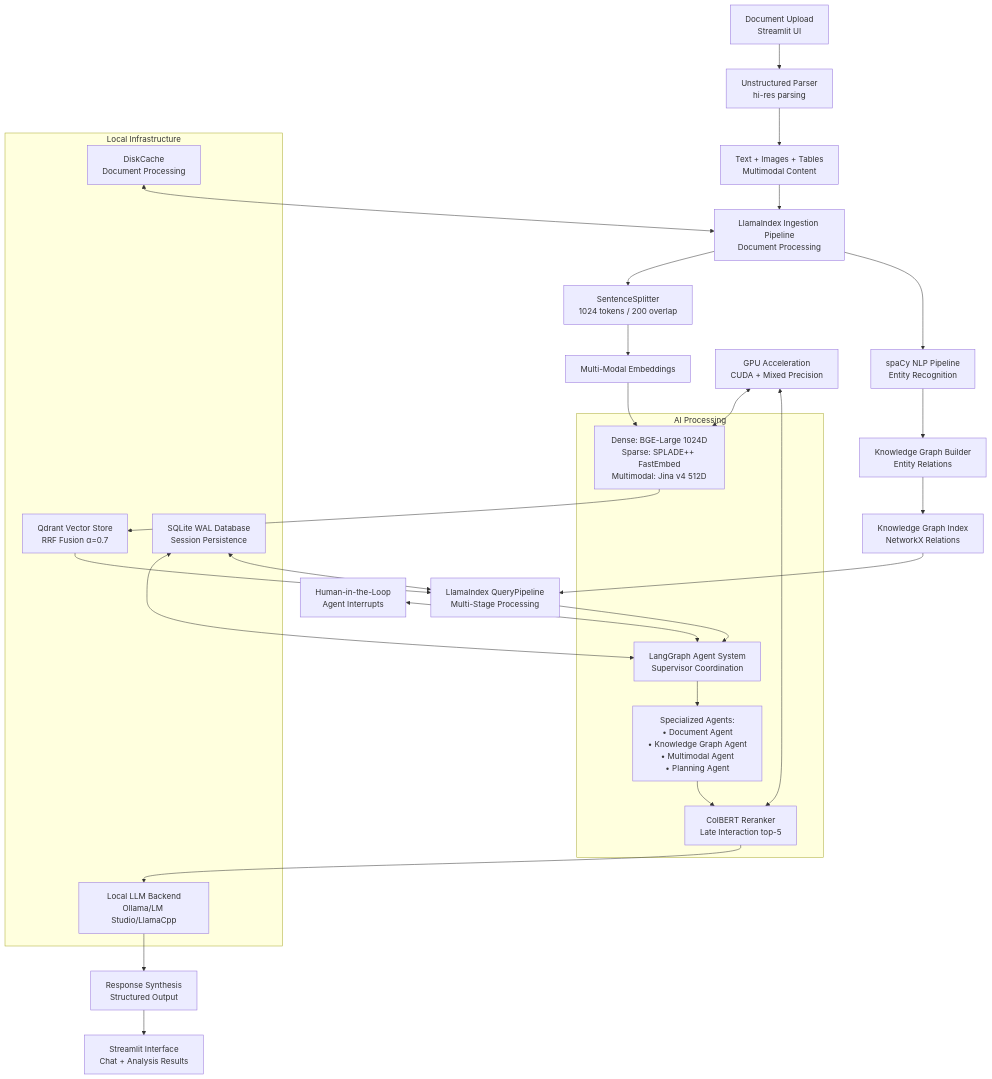
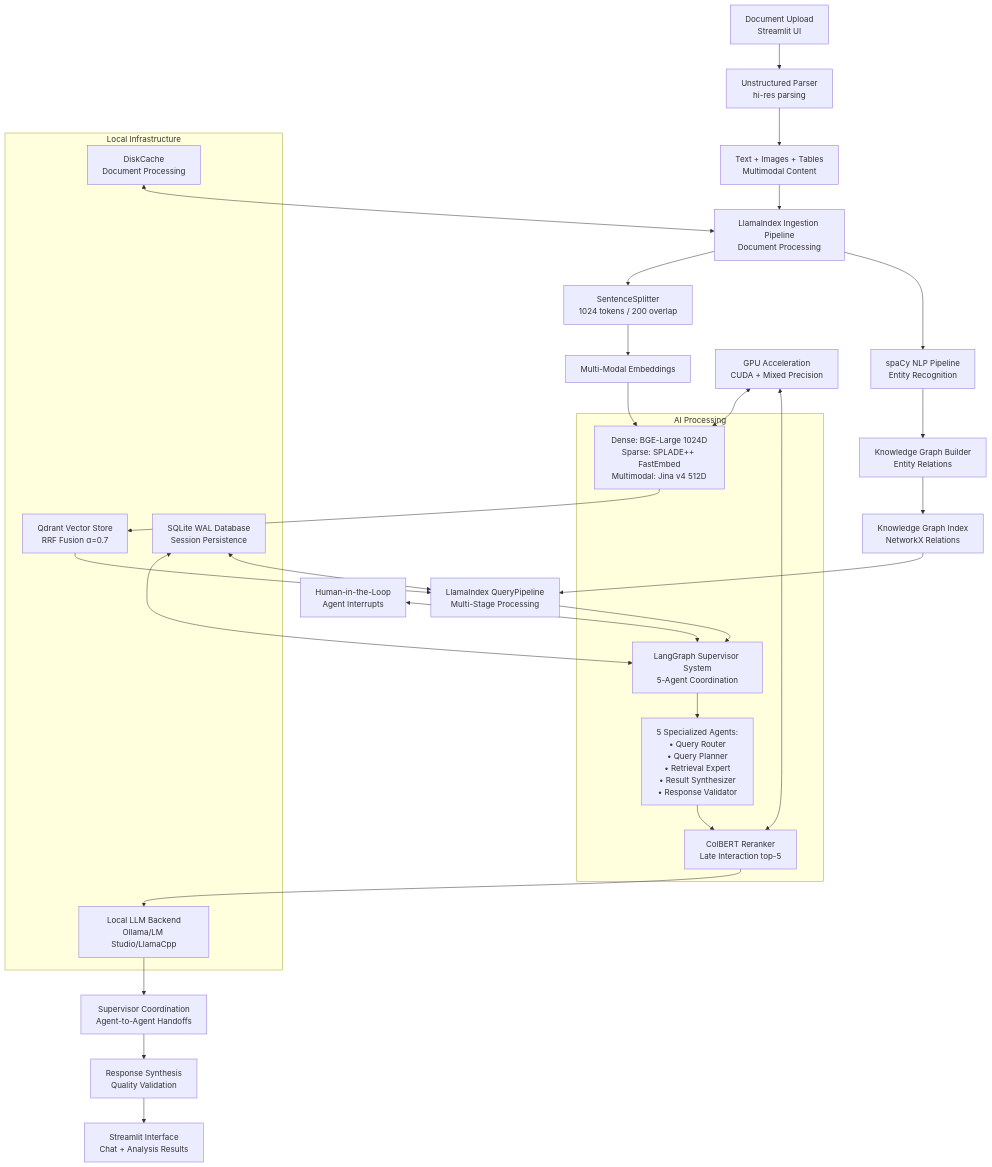
The diagram in README.md (BjornMelin/docmind-ai-llm), drawn with Mermaid before and after one commit. The commit also changed other lines of this file and 1 other file, not shown here.

First line of the commit message:
docs: align README and PRD with 5-agent supervisor system from ADR-011

````diff
--- a/README.md
+++ b/README.md
@@ -426,49 +426,50 @@
 ```mermaid
 graph TD
     A[Document Upload<br/>Streamlit UI] --> B[Unstructured Parser<br/>hi-res parsing]
     B --> C[Text + Images + Tables<br/>Multimodal Content]
     C --> D[LlamaIndex Ingestion Pipeline<br/>Document Processing]
     
     D --> E[SentenceSplitter<br/>1024 tokens / 200 overlap]
     D --> F[spaCy NLP Pipeline<br/>Entity Recognition]
     
     E --> G[Multi-Modal Embeddings]
     F --> H[Knowledge Graph Builder<br/>Entity Relations]
     
     G --> I[Dense: BGE-Large 1024D<br/>Sparse: SPLADE++ FastEmbed<br/>Multimodal: Jina v4 512D]
     I --> J[Qdrant Vector Store<br/>RRF Fusion α=0.7]
     
     H --> K[Knowledge Graph Index<br/>NetworkX Relations]
     
     J --> L[LlamaIndex QueryPipeline<br/>Multi-Stage Processing]
     K --> L
     
-    L --> M[LangGraph Agent System<br/>Supervisor Coordination]
-    M --> N[Specialized Agents:<br/>• Document Agent<br/>• Knowledge Graph Agent<br/>• Multimodal Agent<br/>• Planning Agent]
+    L --> M[LangGraph Supervisor System<br/>5-Agent Coordination]
+    M --> N[5 Specialized Agents:<br/>• Query Router<br/>• Query Planner<br/>• Retrieval Expert<br/>• Result Synthesizer<br/>• Response Validator]
     
     N --> O[ColBERT Reranker<br/>Late Interaction top-5]
     O --> P[Local LLM Backend<br/>Ollama/LM Studio/LlamaCpp]
-    P --> Q[Response Synthesis<br/>Structured Output]
-    Q --> R[Streamlit Interface<br/>Chat + Analysis Results]
+    P --> Q[Supervisor Coordination<br/>Agent-to-Agent Handoffs]
+    Q --> R[Response Synthesis<br/>Quality Validation]
+    R --> S[Streamlit Interface<br/>Chat + Analysis Results]
     
-    S[SQLite WAL Database<br/>Session Persistence] <--> M
-    S <--> L
-    T[DiskCache<br/>Document Processing] <--> D
-    U[GPU Acceleration<br/>CUDA + Mixed Precision] <--> I
-    U <--> O
-    V[Human-in-the-Loop<br/>Agent Interrupts] <--> M
+    T[SQLite WAL Database<br/>Session Persistence] <--> M
+    T <--> L
+    U[DiskCache<br/>Document Processing] <--> D
+    V[GPU Acceleration<br/>CUDA + Mixed Precision] <--> I
+    V <--> O
+    W[Human-in-the-Loop<br/>Agent Interrupts] <--> M
     
     subgraph "Local Infrastructure"
         P
-        S
         T
+        U
         J
     end
     
     subgraph "AI Processing"
         I
         O
         M
         N
     end
 ```
````
